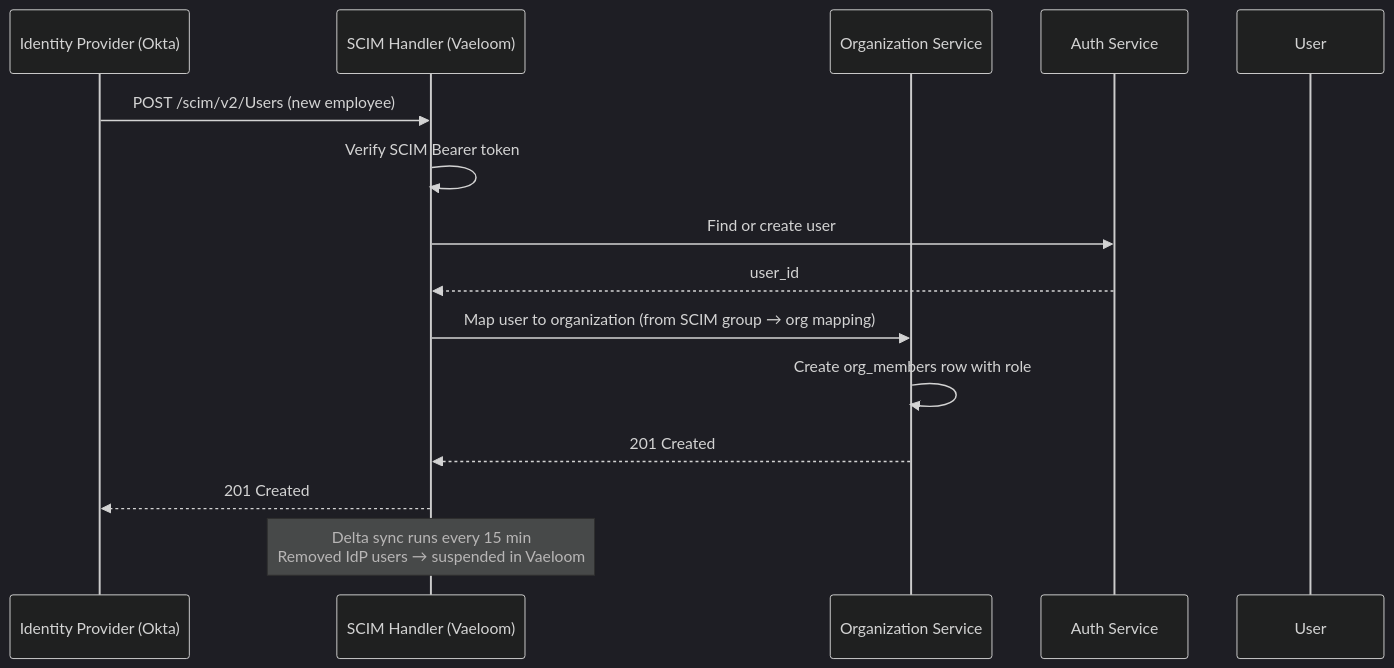
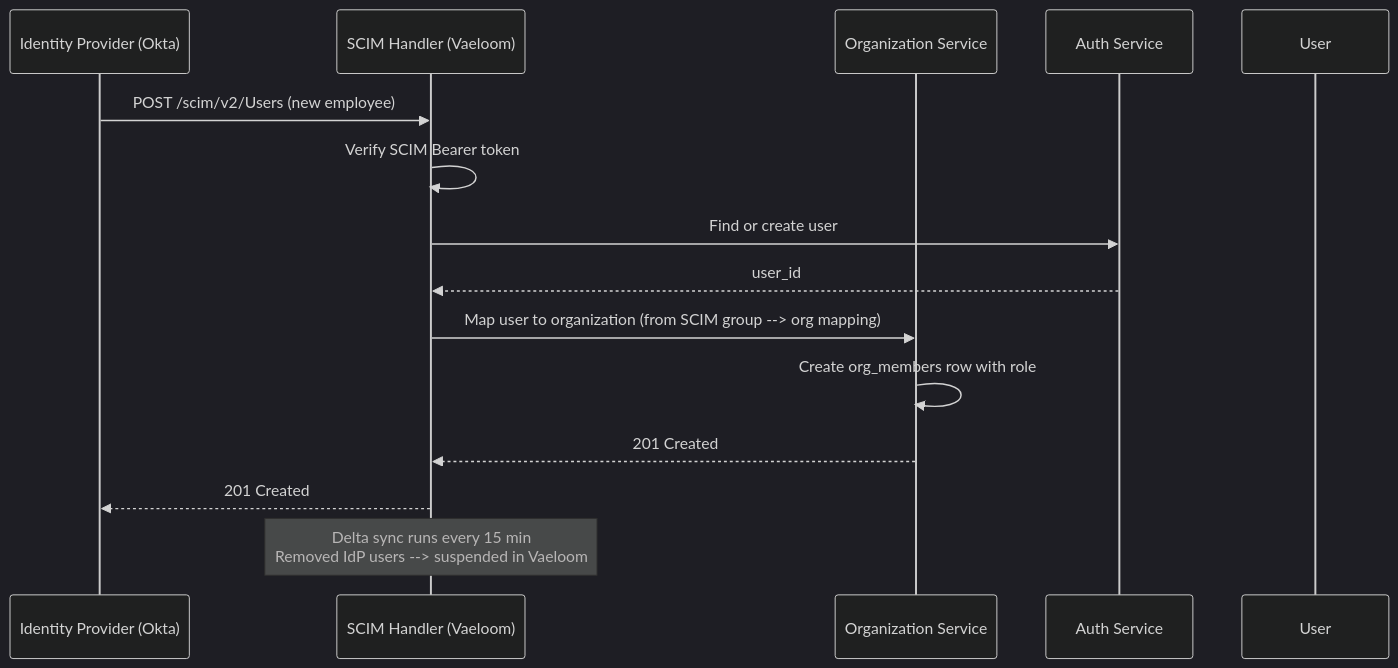
The third of 3 diagrams in Docs/Enterprise/Organizations.md (Driftloom/Vaeloom), drawn with Mermaid (dark theme) before and after one commit. The commit also changed 5 other files, not shown here.

Commit message:
docs(enterprise): add enterprise architecture, multi-tenancy, and organizations

````diff
--- a/Docs/Enterprise/Organizations.md
+++ b/Docs/Enterprise/Organizations.md
@@ -140,19 +140,19 @@
 ```mermaid
 sequenceDiagram
     participant IDP as Identity Provider (Okta)
     participant SCIM as SCIM Handler (Vaeloom)
     participant ORG as Organization Service
     participant AUTH as Auth Service
     participant USER as User
 
     IDP->>SCIM: POST /scim/v2/Users (new employee)
     SCIM->>SCIM: Verify SCIM Bearer token
     SCIM->>AUTH: Find or create user
     AUTH-->>SCIM: user_id
-    SCIM->>ORG: Map user to organization (from SCIM group → org mapping)
+    SCIM->>ORG: Map user to organization (from SCIM group --> org mapping)
     ORG->>ORG: Create org_members row with role
     ORG-->>SCIM: 201 Created
     SCIM-->>IDP: 201 Created
 
-    Note over SCIM: Delta sync runs every 15 min<br/>Removed IdP users → suspended in Vaeloom
+    Note over SCIM: Delta sync runs every 15 min<br/>Removed IdP users --> suspended in Vaeloom
 ```
````
